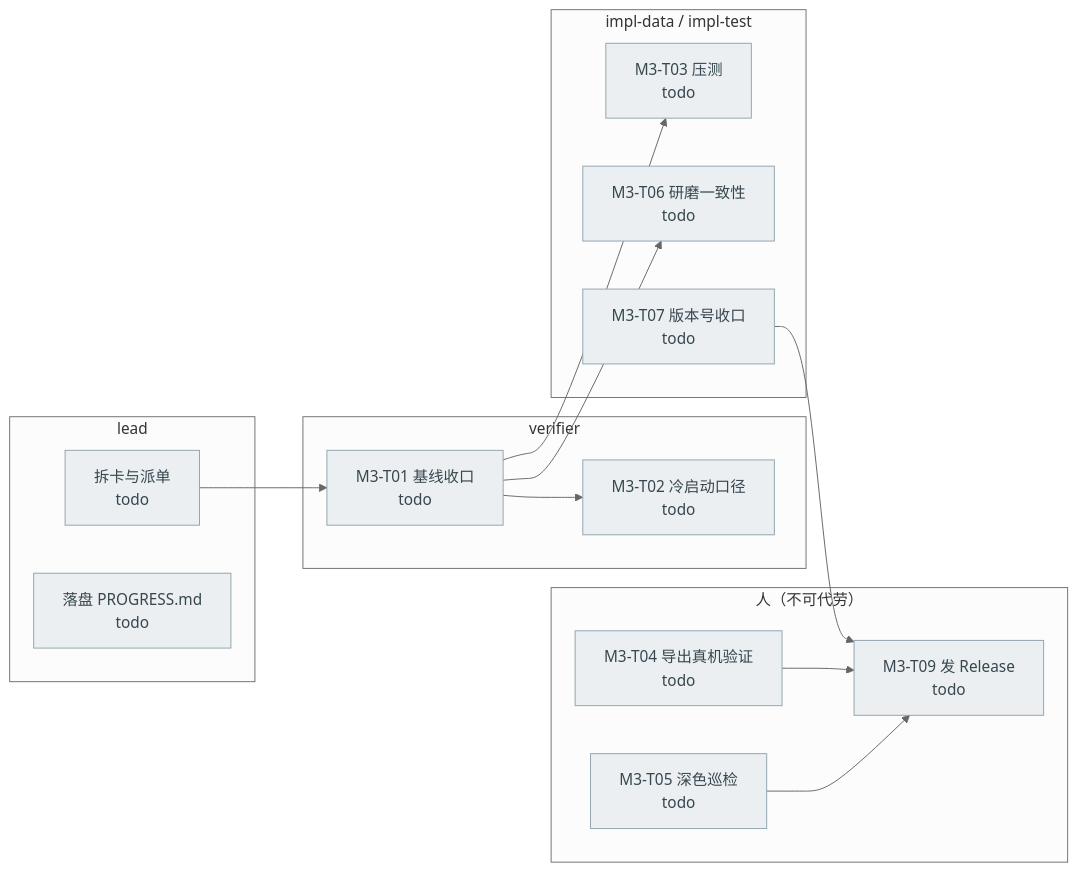
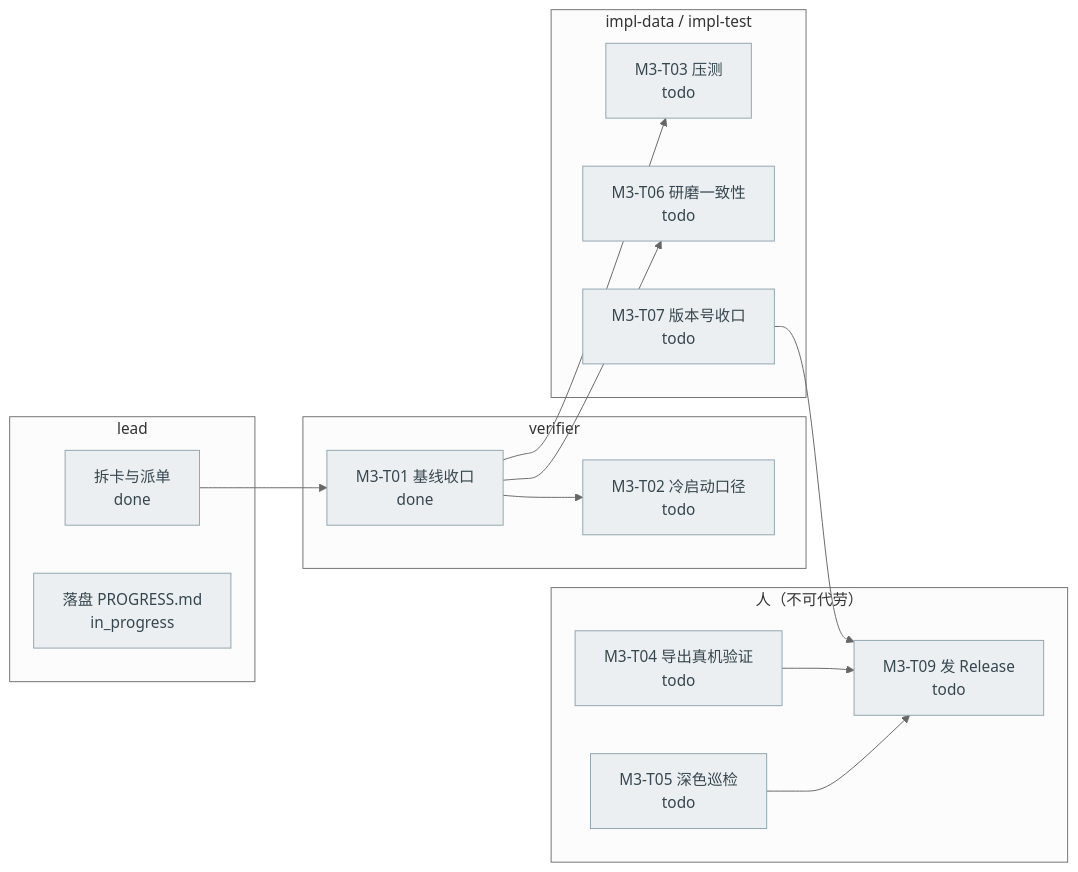
One commit to Shadoso-w/BeanClick changed the third of 5 diagrams in docs/agent-teams/PROGRESS.md. Above: the diagram before and after it, drawn with Mermaid (neutral theme). The commit also changed other lines of this file and 3 other files, not shown here.

````diff
--- a/docs/agent-teams/PROGRESS.md
+++ b/docs/agent-teams/PROGRESS.md
@@ -157,32 +162,32 @@
 ```mermaid
 flowchart LR
     subgraph LEAD["lead"]
-        L1["拆卡与派单<br/>todo"]
-        L2["落盘 PROGRESS.md<br/>todo"]
+        L1["拆卡与派单<br/>done"]
+        L2["落盘 PROGRESS.md<br/>in_progress"]
     end
     subgraph VER["verifier"]
-        V1["M3-T01 基线收口<br/>todo"]
+        V1["M3-T01 基线收口<br/>done"]
         V2["M3-T02 冷启动口径<br/>todo"]
     end
     subgraph IMPL["impl-data / impl-test"]
         I1["M3-T03 压测<br/>todo"]
         I2["M3-T06 研磨一致性<br/>todo"]
         I3["M3-T07 版本号收口<br/>todo"]
     end
     subgraph HUMAN["人（不可代劳）"]
         H1["M3-T04 导出真机验证<br/>todo"]
         H2["M3-T05 深色巡检<br/>todo"]
         H3["M3-T09 发 Release<br/>todo"]
     end
 
     L1 --> V1
     V1 --> V2
     V1 --> I1
     V1 --> I2
     I3 --> H3
     H1 --> H3
     H2 --> H3
 
     classDef todo fill:#eceff1,stroke:#90a4ae,color:#37474f
     class L1,L2,V1,V2,I1,I2,I3,H1,H2,H3 todo
 ```
````
